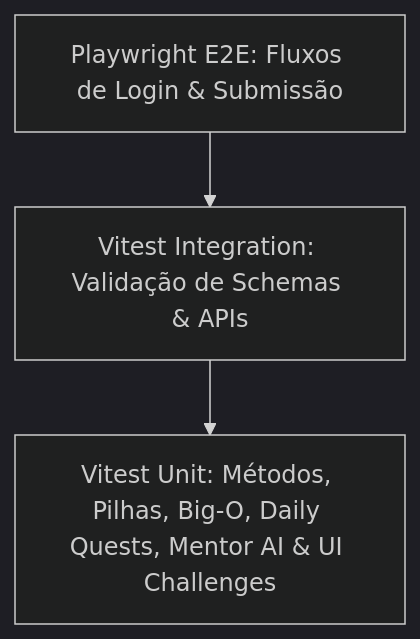
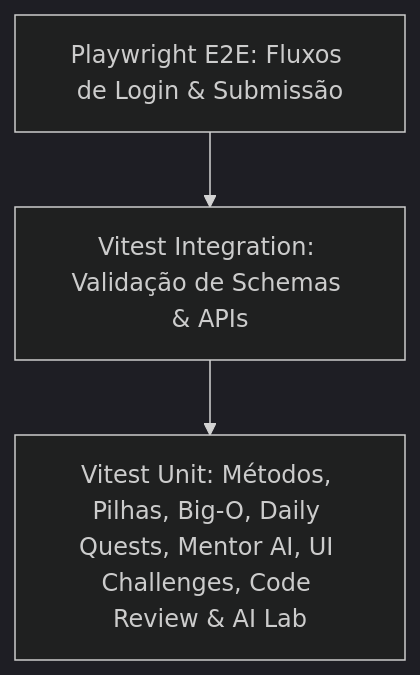
Before and after one commit to Henrique1601/DevQuest-: the diagram in Cerebro_Dev_quest/05 - DevOps, Testes & Operação/05.1 - Estratégia de Testes Automatizados (Vitest & Playwright).md, drawn with Mermaid (dark theme). The commit also changed other lines of this file and 20 other files, not shown here.

Commit message:
feat: add ai code review pull request inspector and autonomous agents track with react lab

````diff
--- a/Cerebro_Dev_quest/05 - DevOps, Testes & Operação/05.1 - Estratégia de Testes Automatizados (Vitest & Playwright).md
+++ b/Cerebro_Dev_quest/05 - DevOps, Testes & Operação/05.1 - Estratégia de Testes Automatizados (Vitest & Playwright).md
@@ -25,9 +25,9 @@
 ```mermaid
 graph TD
     E2E["Playwright E2E: Fluxos de Login & Submissão"]
     Integ["Vitest Integration: Validação de Schemas & APIs"]
-    Unit["Vitest Unit: Métodos, Pilhas, Big-O, Daily Quests, Mentor AI & UI Challenges"]
+    Unit["Vitest Unit: Métodos, Pilhas, Big-O, Daily Quests, Mentor AI, UI Challenges, Code Review & AI Lab"]
 
     E2E --> Integ
     Integ --> Unit
 ```
````
